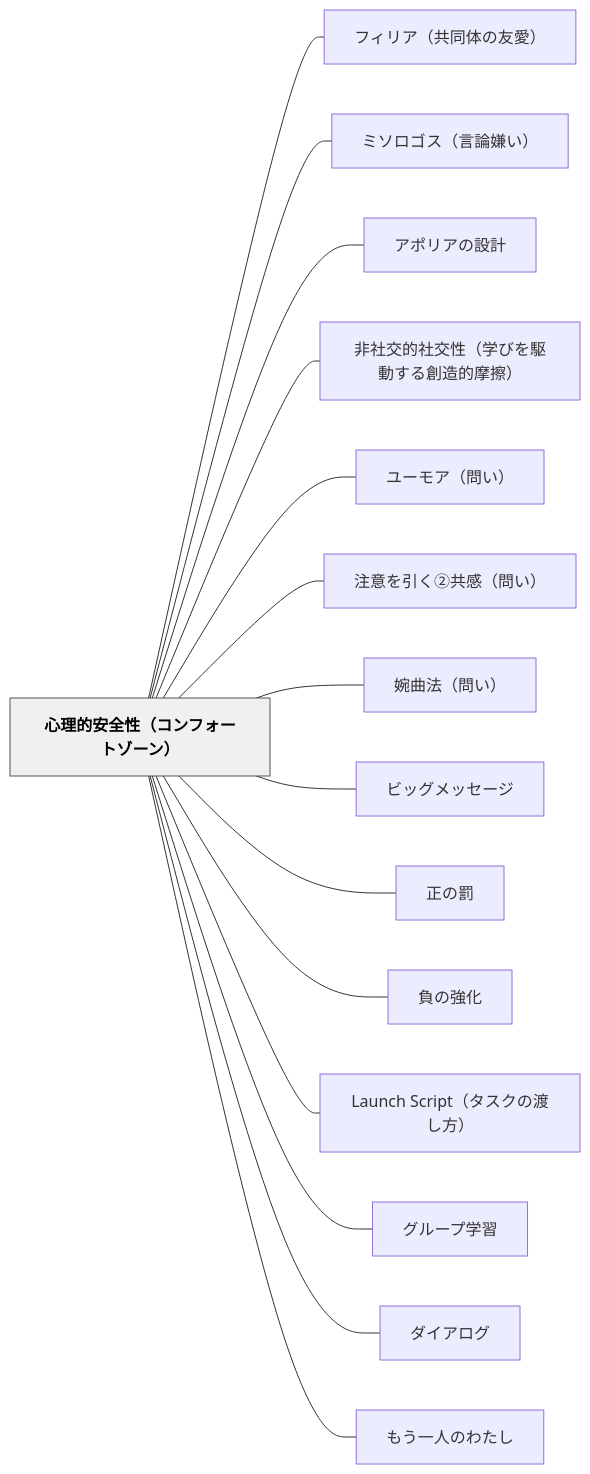
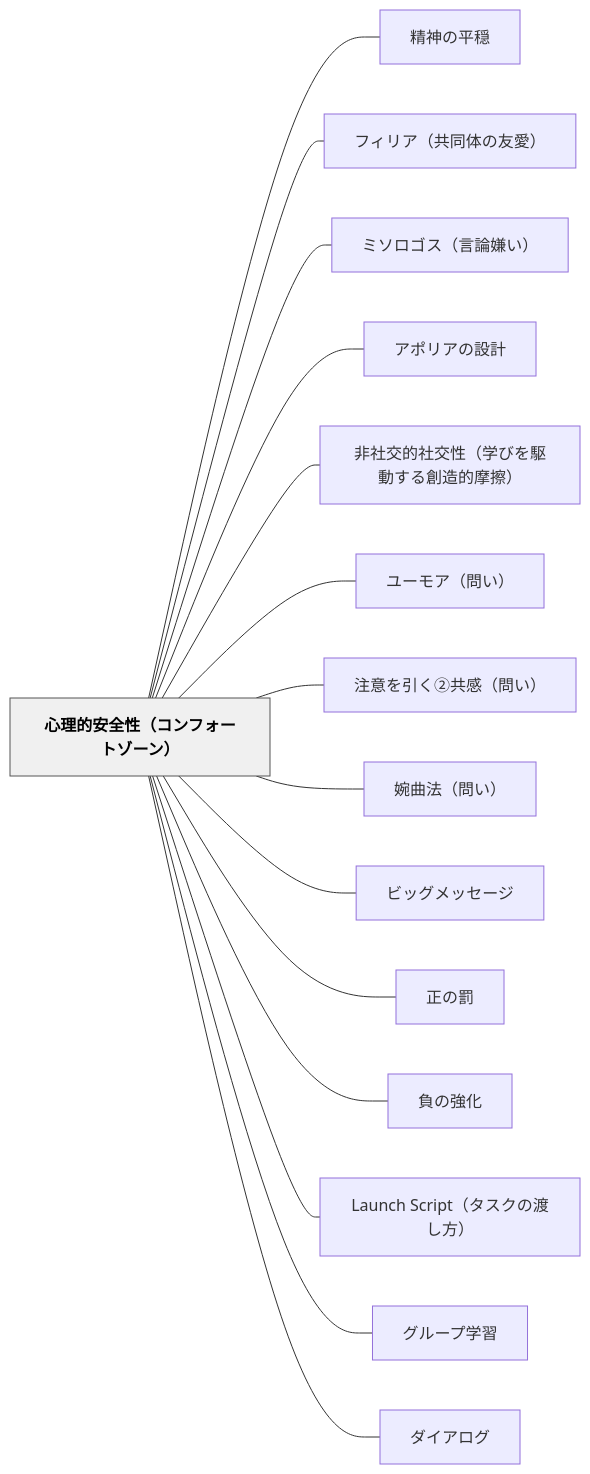
One commit to unknownthings-ed-patterns/unknownthings-ed-patterns changed the diagram in content/パタン/心理的安全性（コンフォートゾーン）.md. Above: the diagram before and after it, drawn with Mermaid. The commit also changed other lines of this file and 21 other files, not shown here.

````diff
--- a/content/パタン/心理的安全性（コンフォートゾーン）.md
+++ b/content/パタン/心理的安全性（コンフォートゾーン）.md
@@ -69,36 +69,36 @@
 ```mermaid
 flowchart LR
     ne5bf83e79086e79a84e5ae89e585a8e680a7efbc88e382b3e383b3e38395e382a9e383bce38388e382bee383bce383b3efbc89["心理的安全性（コンフォートゾーン）"]
+    ne7b2bee7a59ee381aee5b9b3e7a98f["精神の平穏"]
     ne38395e382a3e383aae382a2efbc88e585b1e5908ce4bd93e381aee58f8be6849befbc89["フィリア（共同体の友愛）"]
     ne3839fe382bde383ade382b4e382b9efbc88e8a880e8ab96e5ab8ce38184efbc89["ミソロゴス（言論嫌い）"]
     ne382a2e3839de383aae382a2e381aee8a8ade8a888["アポリアの設計"]
     ne99d9ee7a4bee4baa4e79a84e7a4bee4baa4e680a7efbc88e5ada6e381b3e38292e9a786e58b95e38199e3828be589b5e980a0e79a84e691a9e693a6efbc89["非社交的社交性（学びを駆動する創造的摩擦）"]
     ne383a6e383bce383a2e382a2efbc88e5958fe38184efbc89["ユーモア（問い）"]
     ne6b3a8e6848fe38292e5bc95e3818fe291a1e585b1e6849fefbc88e5958fe38184efbc89["注意を引く②共感（問い）"]
     ne5a989e69bb2e6b395efbc88e5958fe38184efbc89["婉曲法（問い）"]
     ne38393e38383e382b0e383a1e38383e382bbe383bce382b8["ビッグメッセージ"]
     ne6ada3e381aee7bdb0["正の罰"]
     ne8b2a0e381aee5bcb7e58c96["負の強化"]
     n4c61756e636820536372697074efbc88e382bfe382b9e382afe381aee6b8a1e38197e696b9efbc89["Launch Script（タスクの渡し方）"]
     ne382b0e383abe383bce38397e5ada6e7bf92["グループ学習"]
     ne38380e382a4e382a2e383ade382b0["ダイアログ"]
-    ne38282e38186e4b880e4babae381aee3828fe3819fe38197["もう一人のわたし"]
 
+    ne5bf83e79086e79a84e5ae89e585a8e680a7efbc88e382b3e383b3e38395e382a9e383bce38388e382bee383bce383b3efbc89 --- ne7b2bee7a59ee381aee5b9b3e7a98f
     ne5bf83e79086e79a84e5ae89e585a8e680a7efbc88e382b3e383b3e38395e382a9e383bce38388e382bee383bce383b3efbc89 --- ne38395e382a3e383aae382a2efbc88e585b1e5908ce4bd93e381aee58f8be6849befbc89
     ne5bf83e79086e79a84e5ae89e585a8e680a7efbc88e382b3e383b3e38395e382a9e383bce38388e382bee383bce383b3efbc89 --- ne3839fe382bde383ade382b4e382b9efbc88e8a880e8ab96e5ab8ce38184efbc89
     ne5bf83e79086e79a84e5ae89e585a8e680a7efbc88e382b3e383b3e38395e382a9e383bce38388e382bee383bce383b3efbc89 --- ne382a2e3839de383aae382a2e381aee8a8ade8a888
     ne5bf83e79086e79a84e5ae89e585a8e680a7efbc88e382b3e383b3e38395e382a9e383bce38388e382bee383bce383b3efbc89 --- ne99d9ee7a4bee4baa4e79a84e7a4bee4baa4e680a7efbc88e5ada6e381b3e38292e9a786e58b95e38199e3828be589b5e980a0e79a84e691a9e693a6efbc89
     ne5bf83e79086e79a84e5ae89e585a8e680a7efbc88e382b3e383b3e38395e382a9e383bce38388e382bee383bce383b3efbc89 --- ne383a6e383bce383a2e382a2efbc88e5958fe38184efbc89
     ne5bf83e79086e79a84e5ae89e585a8e680a7efbc88e382b3e383b3e38395e382a9e383bce38388e382bee383bce383b3efbc89 --- ne6b3a8e6848fe38292e5bc95e3818fe291a1e585b1e6849fefbc88e5958fe38184efbc89
     ne5bf83e79086e79a84e5ae89e585a8e680a7efbc88e382b3e383b3e38395e382a9e383bce38388e382bee383bce383b3efbc89 --- ne5a989e69bb2e6b395efbc88e5958fe38184efbc89
     ne5bf83e79086e79a84e5ae89e585a8e680a7efbc88e382b3e383b3e38395e382a9e383bce38388e382bee383bce383b3efbc89 --- ne38393e38383e382b0e383a1e38383e382bbe383bce382b8
     ne5bf83e79086e79a84e5ae89e585a8e680a7efbc88e382b3e383b3e38395e382a9e383bce38388e382bee383bce383b3efbc89 --- ne6ada3e381aee7bdb0
     ne5bf83e79086e79a84e5ae89e585a8e680a7efbc88e382b3e383b3e38395e382a9e383bce38388e382bee383bce383b3efbc89 --- ne8b2a0e381aee5bcb7e58c96
     ne5bf83e79086e79a84e5ae89e585a8e680a7efbc88e382b3e383b3e38395e382a9e383bce38388e382bee383bce383b3efbc89 --- n4c61756e636820536372697074efbc88e382bfe382b9e382afe381aee6b8a1e38197e696b9efbc89
     ne5bf83e79086e79a84e5ae89e585a8e680a7efbc88e382b3e383b3e38395e382a9e383bce38388e382bee383bce383b3efbc89 --- ne382b0e383abe383bce38397e5ada6e7bf92
     ne5bf83e79086e79a84e5ae89e585a8e680a7efbc88e382b3e383b3e38395e382a9e383bce38388e382bee383bce383b3efbc89 --- ne38380e382a4e382a2e383ade382b0
-    ne5bf83e79086e79a84e5ae89e585a8e680a7efbc88e382b3e383b3e38395e382a9e383bce38388e382bee383bce383b3efbc89 --- ne38282e38186e4b880e4babae381aee3828fe3819fe38197
 
     classDef hub fill:#f0f0f0,stroke:#555,color:#000,font-weight:bold
     class ne5bf83e79086e79a84e5ae89e585a8e680a7efbc88e382b3e383b3e38395e382a9e383bce38388e382bee383bce383b3efbc89 hub
 ```
````
